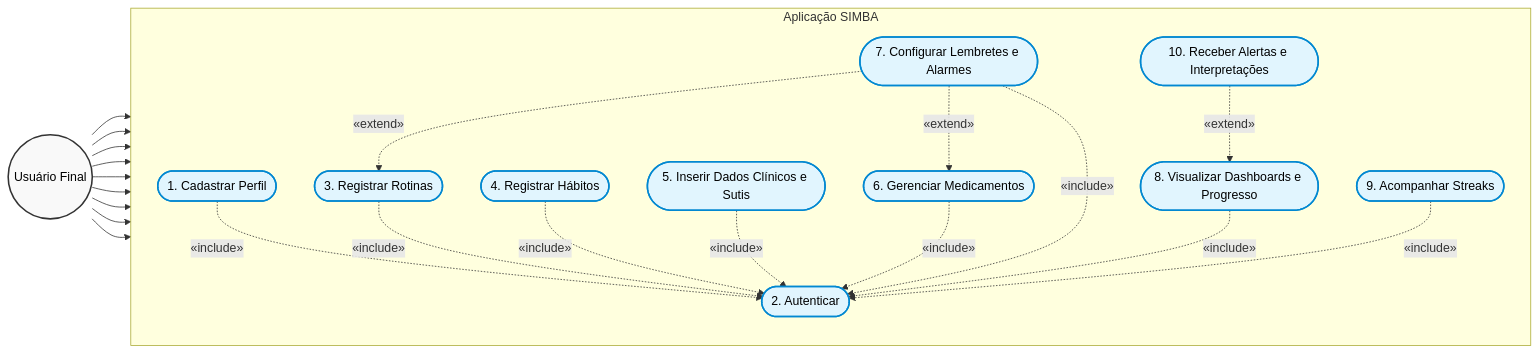
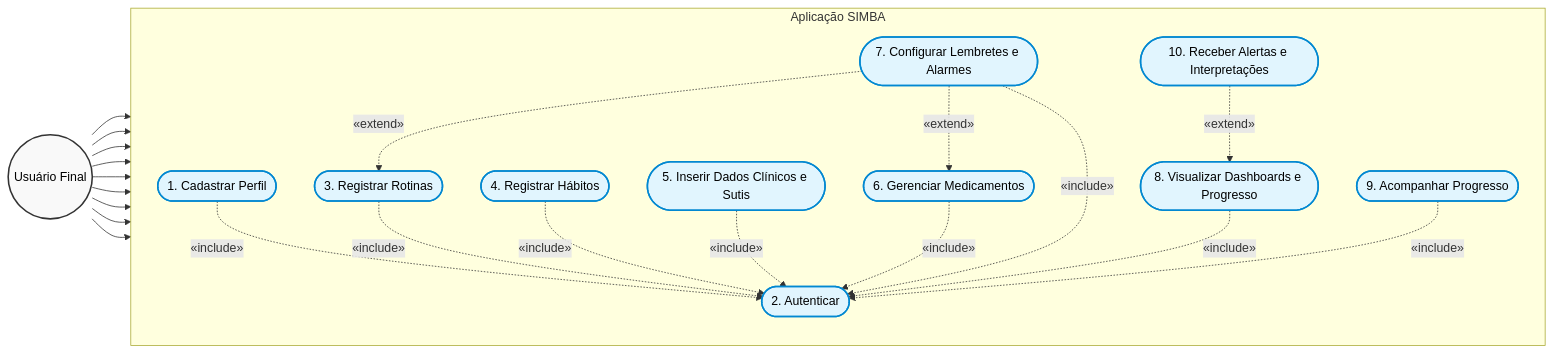
One commit to JoaoManoelSilvaMorais/Sistema-Integrado-de-Monitoramento-do-Bem-estar-SIMBA- changed the first of 2 diagrams in README.md. Above: the diagram before and after it, drawn with Mermaid.

Commit message:
Rename 'Acompanhar Streaks' to 'Acompanhar Progresso'

````diff
--- a/README.md
+++ b/README.md
@@ -38,51 +38,51 @@
 ```mermaid
 flowchart LR
     %% Definição de Estilos
     classDef actorStyle fill:#f9f9f9,stroke:#333,stroke-width:2px,color:#000;
     classDef usecaseStyle fill:#e1f5fe,stroke:#0288d1,stroke-width:2px,color:#000;
 
     %% Atores
     User((Usuário Final)):::actorStyle
 
     %% Sistema SIMBA
     subgraph SIMBA [Aplicação SIMBA]
         direction TB
         
         UC1([1. Cadastrar Perfil]):::usecaseStyle
         UC2([2. Autenticar]):::usecaseStyle
         UC3([3. Registrar Rotinas]):::usecaseStyle
         UC4([4. Registrar Hábitos]):::usecaseStyle
         UC5([5. Inserir Dados Clínicos e Sutis]):::usecaseStyle
         UC6([6. Gerenciar Medicamentos]):::usecaseStyle
         UC7([7. Configurar Lembretes e Alarmes]):::usecaseStyle
         UC8([8. Visualizar Dashboards e Progresso]):::usecaseStyle
-        UC9([9. Acompanhar Streaks]):::usecaseStyle
+        UC9([9. Acompanhar Progresso]):::usecaseStyle
         UC10([10. Receber Alertas e Interpretações]):::usecaseStyle
     end
 
     %% Relacionamentos Principais do Usuário Final
     User --> UC1
     User --> UC2
     User --> UC3
     User --> UC4
     User --> UC5
     User --> UC6
     User --> UC7
     User --> UC8
     User --> UC9
 
     %% Relacionamentos <> (Existem Fluxos para Autenticar)
     UC1 -.->|«include»| UC2
     UC3 -.->|«include»| UC2
     UC4 -.->|«include»| UC2
     UC5 -.->|«include»| UC2
     UC6 -.->|«include»| UC2
     UC7 -.->|«include»| UC2
     UC8 -.->|«include»| UC2
     UC9 -.->|«include»| UC2
 
     %% Relacionamentos <> (Ações Opcionais)
     UC7 -.->|«extend»| UC6
     UC7 -.->|«extend»| UC3
     UC10 -.->|«extend»| UC8
 ```
````
